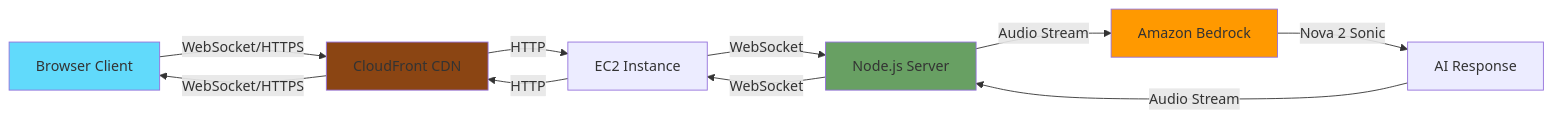
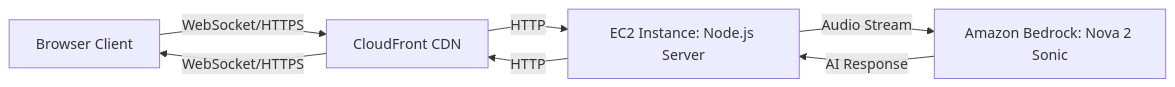
Before and after one commit to leyser7/calling-agent: the diagram in README.md, drawn with Mermaid.

Commit message:
fix: Update architecture diagram for clarity and accuracy in component interactions

````diff
--- a/README.md
+++ b/README.md
@@ -19,17 +19,9 @@
 ```mermaid
 graph LR
     A[Browser Client] -->|WebSocket/HTTPS| B[CloudFront CDN]
-    B -->|HTTP| C[EC2 Instance]
-    C -->|WebSocket| D[Node.js Server]
-    D -->|Audio Stream| E[Amazon Bedrock]
-    E -->|Nova 2 Sonic| F[AI Response]
-    F -->|Audio Stream| D
-    D -->|WebSocket| C
+    B -->|HTTP| C[EC2 Instance: Node.js Server]
+    C -->|Audio Stream| E[Amazon Bedrock: Nova 2 Sonic]
+    E -->|AI Response| C
     C -->|HTTP| B
     B -->|WebSocket/HTTPS| A
-    
-    style A fill:#61dafb
-    style E fill:#ff9900
-    style D fill:#68a063
-    style B fill:#8b4513
 ```
````
